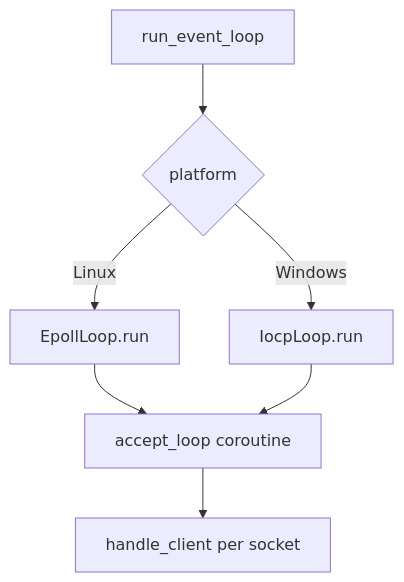
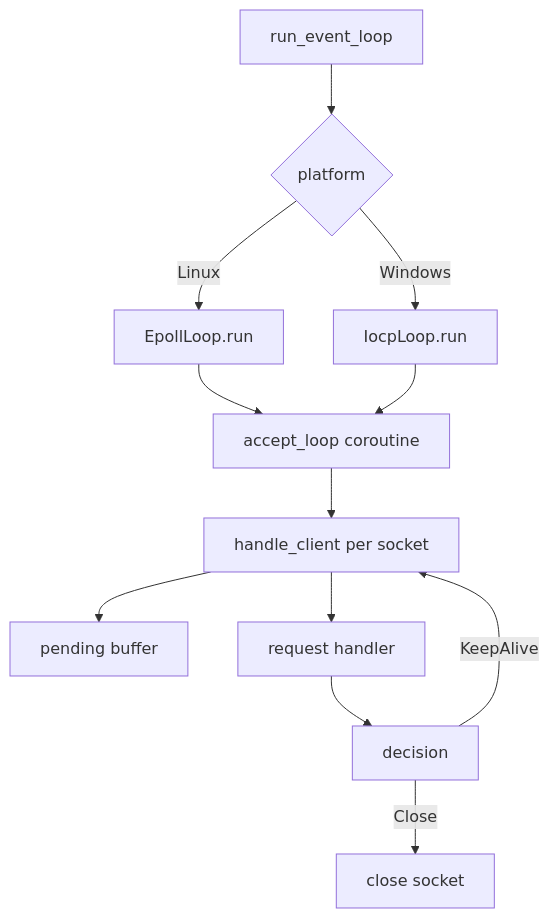
The third of 4 diagrams in README.md (row-d/sockets), drawn with Mermaid before and after one commit. The commit also changed other lines of this file and 10 other files, not shown here.

````diff
--- a/README.md
+++ b/README.md
@@ -27,9 +138,14 @@
 ```mermaid
 flowchart TD
     A[run_event_loop] --> B{platform}
     B -->|Linux| C[EpollLoop.run]
     B -->|Windows| D[IocpLoop.run]
     C --> E[accept_loop coroutine]
     D --> E
     E --> F[handle_client per socket]
+    F --> G[pending buffer]
+    F --> H[request handler]
+    H --> I[decision]
+    I -->|KeepAlive| F
+    I -->|Close| J[close socket]
 ```
````
